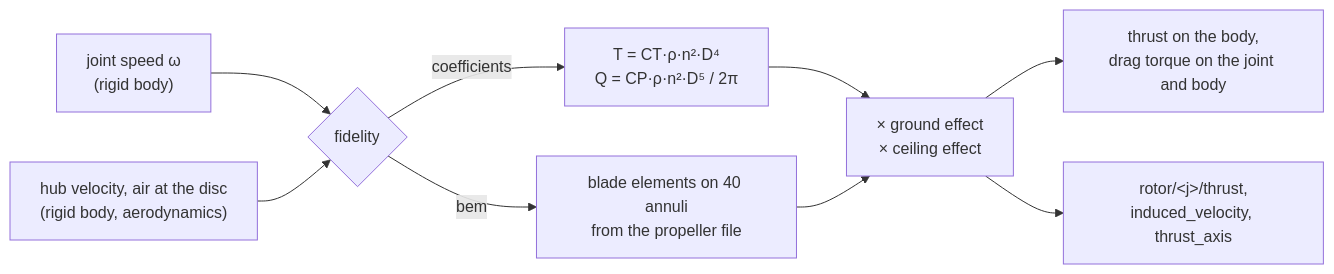
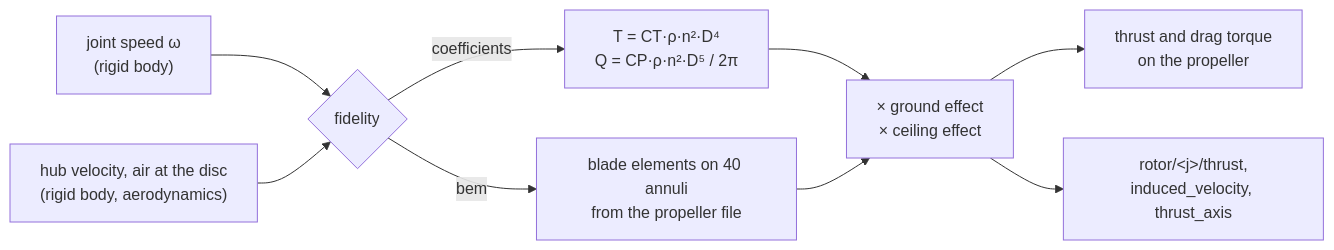
One commit to Open-Physical-Systems/Lagrange changed the diagram in docs/physics/rotors.md. Above: the diagram before and after it, drawn with Mermaid. The commit also changed other lines of this file and 19 other files, not shown here.

````diff
--- a/docs/physics/rotors.md
+++ b/docs/physics/rotors.md
@@ -8,11 +8,11 @@
 ```mermaid
 flowchart LR
     W["joint speed ω<br/>(rigid body)"] --> F{"fidelity"}
     H["hub velocity, air at the disc<br/>(rigid body, aerodynamics)"] --> F
     F -->|coefficients| C["T = CT·ρ·n²·D⁴<br/>Q = CP·ρ·n²·D⁵ / 2π"]
     F -->|bem| B["blade elements on 40 annuli<br/>from the propeller file"]
     C --> G["× ground effect<br/>× ceiling effect"]
     B --> G
-    G --> O["thrust on the body,<br/>drag torque on the joint and body"]
+    G --> O["thrust and drag torque<br/>on the propeller"]
     G --> S["rotor/&lt;j&gt;/thrust,<br/>induced_velocity, thrust_axis"]
 ```
````
